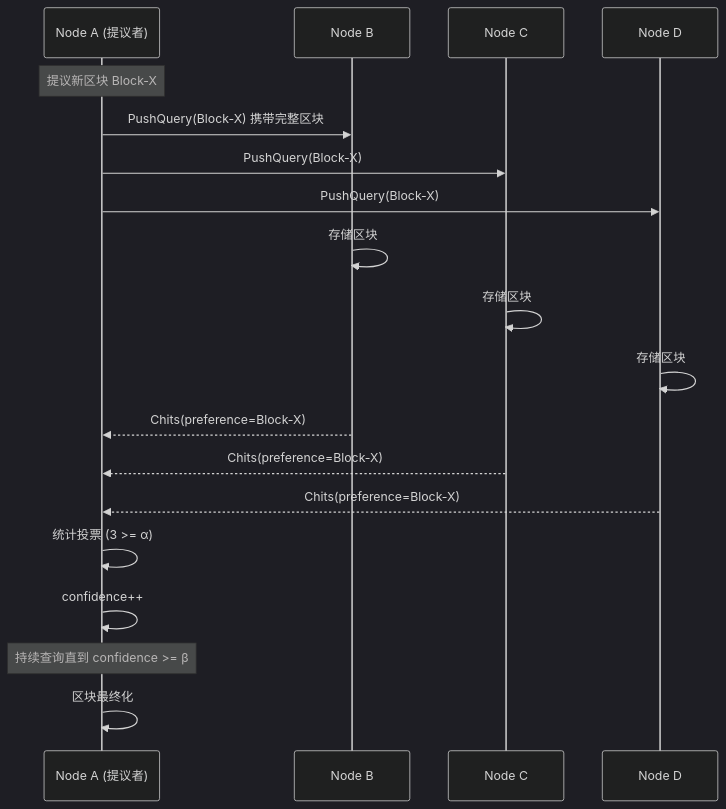
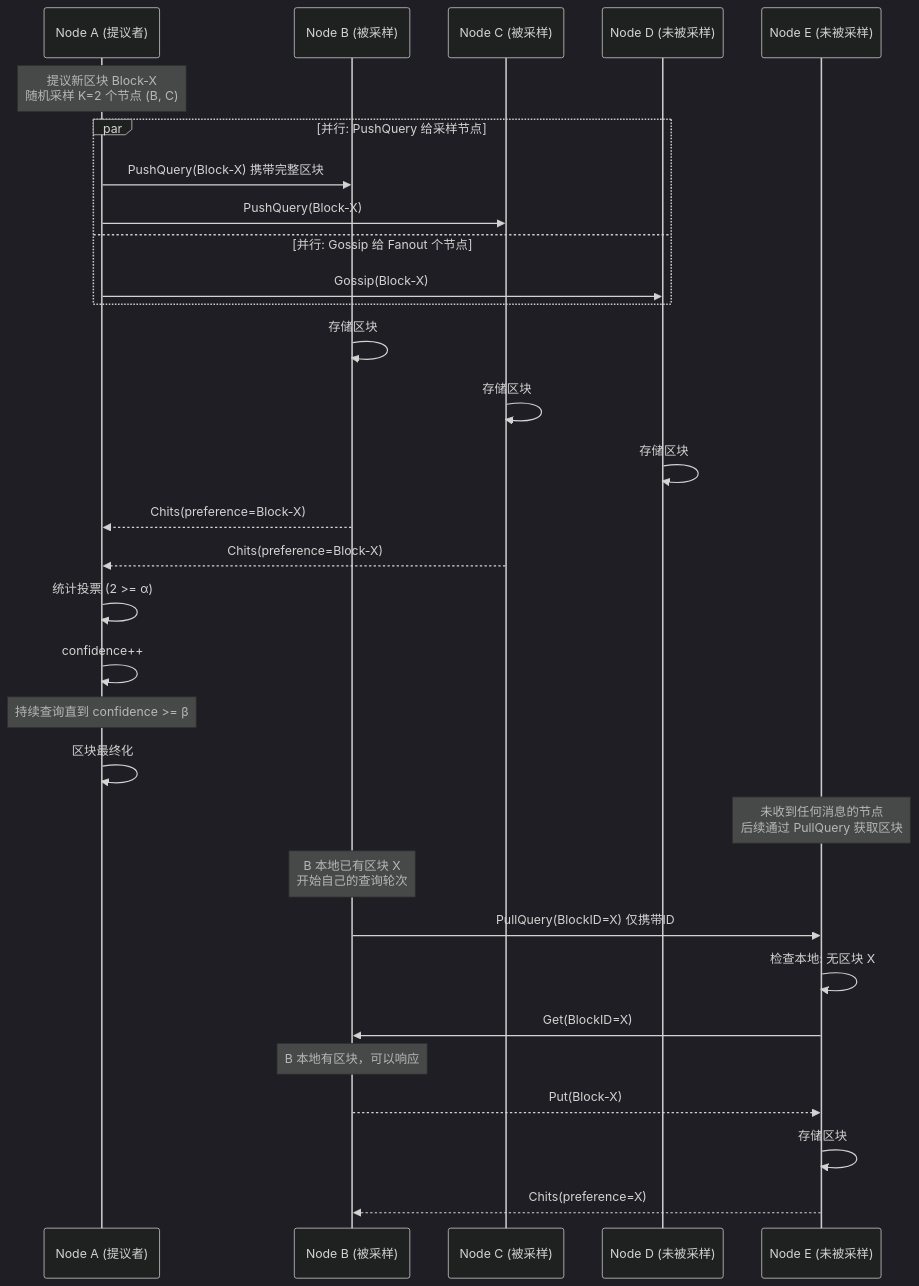
Before and after one commit to davidLeeeeeeeeeeee/dex: the sixth of 15 diagrams in consensus/design.md, drawn with Mermaid (dark theme). The commit also changed other lines of this file and 6 other files, not shown here.

````diff
--- a/consensus/design.md
+++ b/consensus/design.md
@@ -177,27 +207,41 @@
 ```mermaid
 sequenceDiagram
     participant A as Node A (提议者)
-    participant B as Node B
-    participant C as Node C
-    participant D as Node D
+    participant B as Node B (被采样)
+    participant C as Node C (被采样)
+    participant D as Node D (未被采样)
+    participant E as Node E (未被采样)
 
-    Note over A: 提议新区块 Block-X
+    Note over A: 提议新区块 Block-X<br>随机采样 K=2 个节点 (B, C)
 
-    A->>B: PushQuery(Block-X) 携带完整区块
-    A->>C: PushQuery(Block-X)
-    A->>D: PushQuery(Block-X)
+    par 并行: PushQuery 给采样节点
+        A->>B: PushQuery(Block-X) 携带完整区块
+        A->>C: PushQuery(Block-X)
+    and 并行: Gossip 给 Fanout 个节点
+        A->>D: Gossip(Block-X)
+    end
 
     B->>B: 存储区块
     C->>C: 存储区块
     D->>D: 存储区块
 
     B-->>A: Chits(preference=Block-X)
     C-->>A: Chits(preference=Block-X)
-    D-->>A: Chits(preference=Block-X)
 
-    A->>A: 统计投票 (3 >= α)
+    A->>A: 统计投票 (2 >= α)
     A->>A: confidence++
 
     Note over A: 持续查询直到 confidence >= β
     A->>A: 区块最终化
+
+    Note over E: 未收到任何消息的节点<br>后续通过 PullQuery 获取区块
+
+    Note over B: B 本地已有区块 X<br>开始自己的查询轮次
+    B->>E: PullQuery(BlockID=X) 仅携带ID
+    E->>E: 检查本地: 无区块 X
+    E->>B: Get(BlockID=X)
+    Note over B: B 本地有区块，可以响应
+    B-->>E: Put(Block-X)
+    E->>E: 存储区块
+    E-->>B: Chits(preference=X)
 ```
````
